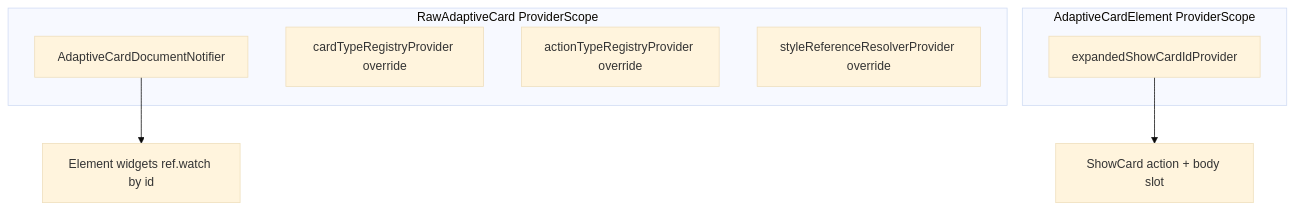
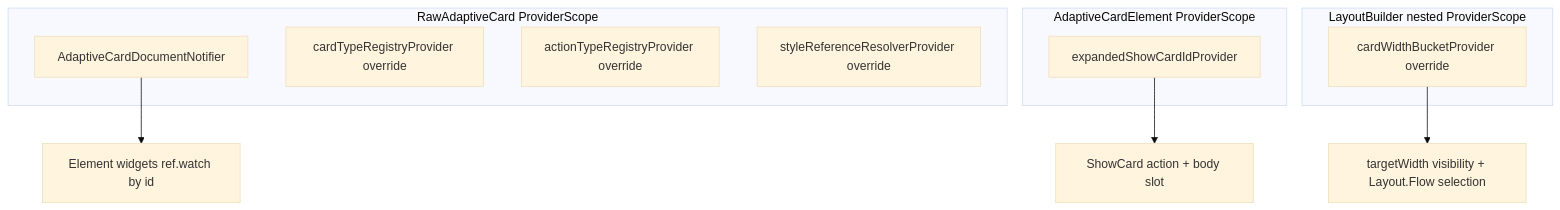
Before and after one commit to freemansoft/Flutter-AdaptiveCards: the first of 3 diagrams in docs/reactive-riverpod.md, drawn with Mermaid (base theme). The commit also changed other lines of this file and 12 other files, not shown here.

````diff
--- a/docs/reactive-riverpod.md
+++ b/docs/reactive-riverpod.md
@@ -27,14 +31,18 @@
 ```mermaid
 flowchart TB
   subgraph rawCardScope [RawAdaptiveCard ProviderScope]
     doc[AdaptiveCardDocumentNotifier]
     reg[cardTypeRegistryProvider override]
     actions[actionTypeRegistryProvider override]
     resolver[styleReferenceResolverProvider override]
   end
   subgraph elementScope [AdaptiveCardElement ProviderScope]
     show[expandedShowCardIdProvider]
   end
+  subgraph widthScope [LayoutBuilder nested ProviderScope]
+    bucket[cardWidthBucketProvider override]
+  end
   doc --> elem[Element widgets ref.watch by id]
   show --> showUi[ShowCard action + body slot]
+  bucket --> respon[targetWidth visibility + Layout.Flow selection]
 ```
````
